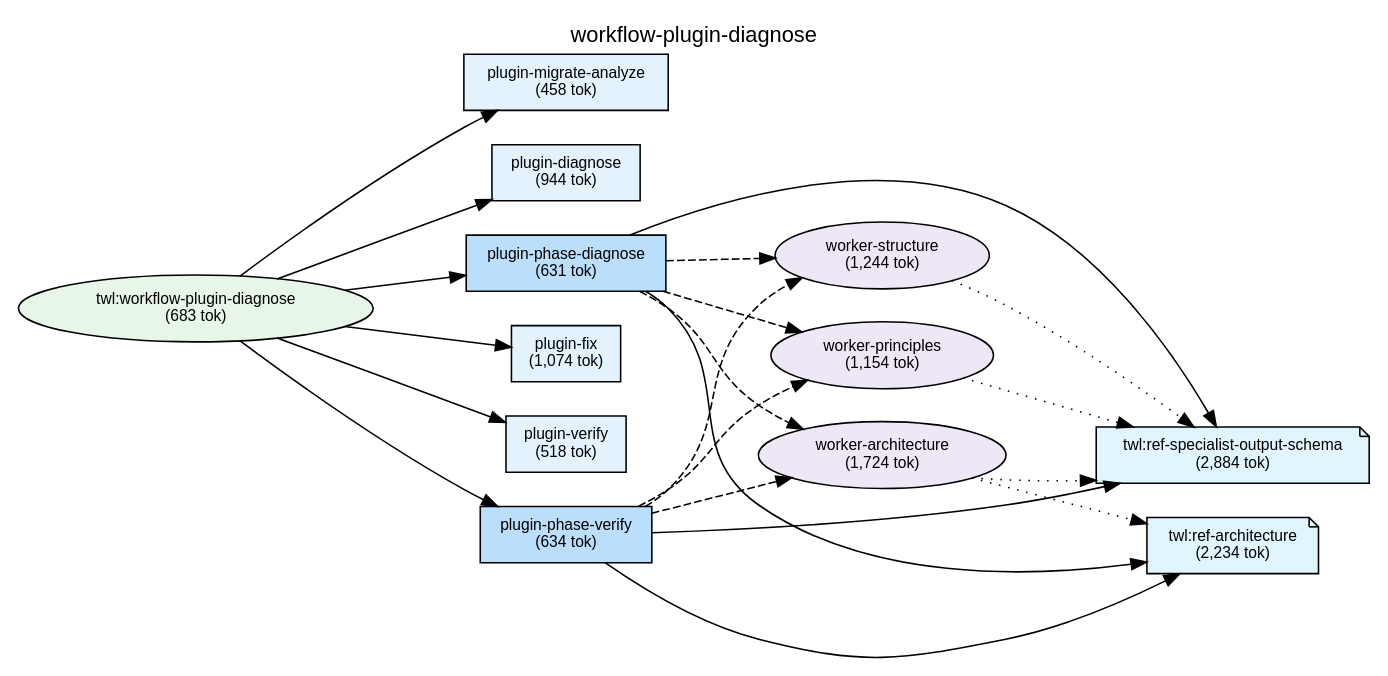
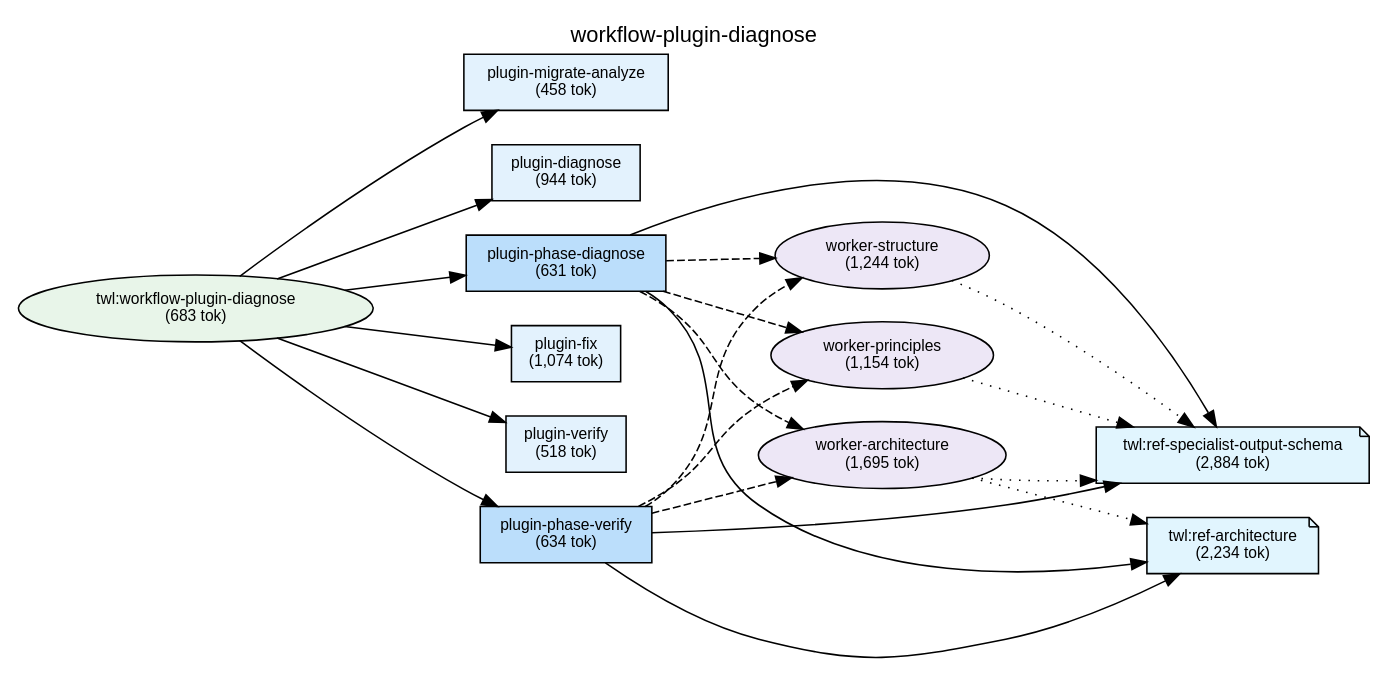
Before and after one commit to shuu5/twill: the diagram in plugins/twl/docs/deps-workflow-plugin-diagnose.dot, drawn with Graphviz. The commit also changed 19 other files, not shown here.

```diff
--- a/plugins/twl/docs/deps-workflow-plugin-diagnose.dot
+++ b/plugins/twl/docs/deps-workflow-plugin-diagnose.dot
@@ -1,88 +1,88 @@
 digraph Dependencies {
     // Graph settings
     rankdir=LR;
     ranksep=0.8;
     nodesep=0.3;
     fontname="Helvetica";
     node [fontname="Helvetica", fontsize=10];
     edge [fontname="Helvetica", fontsize=9];
     label="workflow-plugin-diagnose";
     labelloc=t;
     fontsize=14;
 
     // L0: Controller Skills
 
     // L0: Launchers
 
     // L0.5: Workflow Skills
     skill_workflow_plugin_diagnose [label="twl:workflow-plugin-diagnose\n(683 tok)", shape=ellipse, style=filled, fillcolor="#e8f5e9"];
 
     // Reference Skills
     skill_ref_specialist_output_schema [label="twl:ref-specialist-output-schema\n(2,884 tok)", shape=note, style=filled, fillcolor="#e1f5fe"];
     skill_ref_architecture [label="twl:ref-architecture\n(2,234 tok)", shape=note, style=filled, fillcolor="#e1f5fe"];
 
     // L1: Direct Commands
     cmd_plugin_migrate_analyze [label="plugin-migrate-analyze\n(458 tok)", shape=box, style=filled, fillcolor="#e3f2fd"];
     cmd_plugin_diagnose [label="plugin-diagnose\n(944 tok)", shape=box, style=filled, fillcolor="#e3f2fd"];
     cmd_plugin_fix [label="plugin-fix\n(1,074 tok)", shape=box, style=filled, fillcolor="#e3f2fd"];
     cmd_plugin_verify [label="plugin-verify\n(518 tok)", shape=box, style=filled, fillcolor="#e3f2fd"];
     cmd_plugin_phase_diagnose [label="plugin-phase-diagnose\n(631 tok)", shape=box, style=filled, fillcolor="#bbdefb"];
     cmd_plugin_phase_verify [label="plugin-phase-verify\n(634 tok)", shape=box, style=filled, fillcolor="#bbdefb"];
 
     // L2: Sub Commands
 
     // L3: Agents
     agent_worker_structure [label="worker-structure\n(1,244 tok)", shape=ellipse, style=filled, fillcolor="#ede7f6"];
     agent_worker_principles [label="worker-principles\n(1,154 tok)", shape=ellipse, style=filled, fillcolor="#ede7f6"];
-    agent_worker_architecture [label="worker-architecture\n(1,724 tok)", shape=ellipse, style=filled, fillcolor="#ede7f6"];
+    agent_worker_architecture [label="worker-architecture\n(1,695 tok)", shape=ellipse, style=filled, fillcolor="#ede7f6"];
 
     // L3.5: Scripts
 
     // L4: External
 
     // Layer constraints
     { rank=same; skill_workflow_plugin_diagnose; }
     { rank=same; skill_ref_specialist_output_schema; skill_ref_architecture; }
     { rank=same; cmd_plugin_migrate_analyze; cmd_plugin_diagnose; cmd_plugin_fix; cmd_plugin_verify; cmd_plugin_phase_diagnose; cmd_plugin_phase_verify; }
     { rank=same; agent_worker_structure; agent_worker_principles; agent_worker_architecture; }
 
     // Edges
     skill_workflow_plugin_diagnose -> cmd_plugin_migrate_analyze;
     skill_workflow_plugin_diagnose -> cmd_plugin_diagnose;
     skill_workflow_plugin_diagnose -> cmd_plugin_phase_diagnose;
     skill_workflow_plugin_diagnose -> cmd_plugin_fix;
     skill_workflow_plugin_diagnose -> cmd_plugin_verify;
     skill_workflow_plugin_diagnose -> cmd_plugin_phase_verify;
     cmd_plugin_phase_diagnose -> agent_worker_structure [style=dashed];
     cmd_plugin_phase_diagnose -> agent_worker_principles [style=dashed];
     cmd_plugin_phase_diagnose -> agent_worker_architecture [style=dashed];
     cmd_plugin_phase_diagnose -> skill_ref_specialist_output_schema;
     cmd_plugin_phase_diagnose -> skill_ref_architecture;
     cmd_plugin_phase_verify -> agent_worker_structure [style=dashed];
     cmd_plugin_phase_verify -> agent_worker_principles [style=dashed];
     cmd_plugin_phase_verify -> agent_worker_architecture [style=dashed];
     cmd_plugin_phase_verify -> skill_ref_specialist_output_schema;
     cmd_plugin_phase_verify -> skill_ref_architecture;
     agent_worker_structure -> skill_ref_specialist_output_schema [style=dotted];
     agent_worker_principles -> skill_ref_specialist_output_schema [style=dotted];
     agent_worker_architecture -> skill_ref_specialist_output_schema [style=dotted];
     agent_worker_architecture -> skill_ref_architecture [style=dotted];
 
     // Ordering constraints (invisible edges)
     cmd_plugin_migrate_analyze -> cmd_plugin_diagnose [style=invis, weight=10];
     cmd_plugin_diagnose -> cmd_plugin_phase_diagnose [style=invis, weight=10];
     cmd_plugin_phase_diagnose -> cmd_plugin_fix [style=invis, weight=10];
     cmd_plugin_fix -> cmd_plugin_verify [style=invis, weight=10];
     cmd_plugin_verify -> cmd_plugin_phase_verify [style=invis, weight=10];
     agent_worker_structure -> agent_worker_principles [style=invis, weight=10];
     agent_worker_principles -> agent_worker_architecture [style=invis, weight=10];
     agent_worker_architecture -> skill_ref_specialist_output_schema [style=invis, weight=10];
     skill_ref_specialist_output_schema -> skill_ref_architecture [style=invis, weight=10];
     agent_worker_structure -> agent_worker_principles [style=invis, weight=10];
     agent_worker_principles -> agent_worker_architecture [style=invis, weight=10];
     agent_worker_architecture -> skill_ref_specialist_output_schema [style=invis, weight=10];
     skill_ref_specialist_output_schema -> skill_ref_architecture [style=invis, weight=10];
     agent_worker_structure -> agent_worker_principles [style=invis, weight=10];
     agent_worker_structure -> agent_worker_principles [style=invis, weight=10];
 
 }
```
